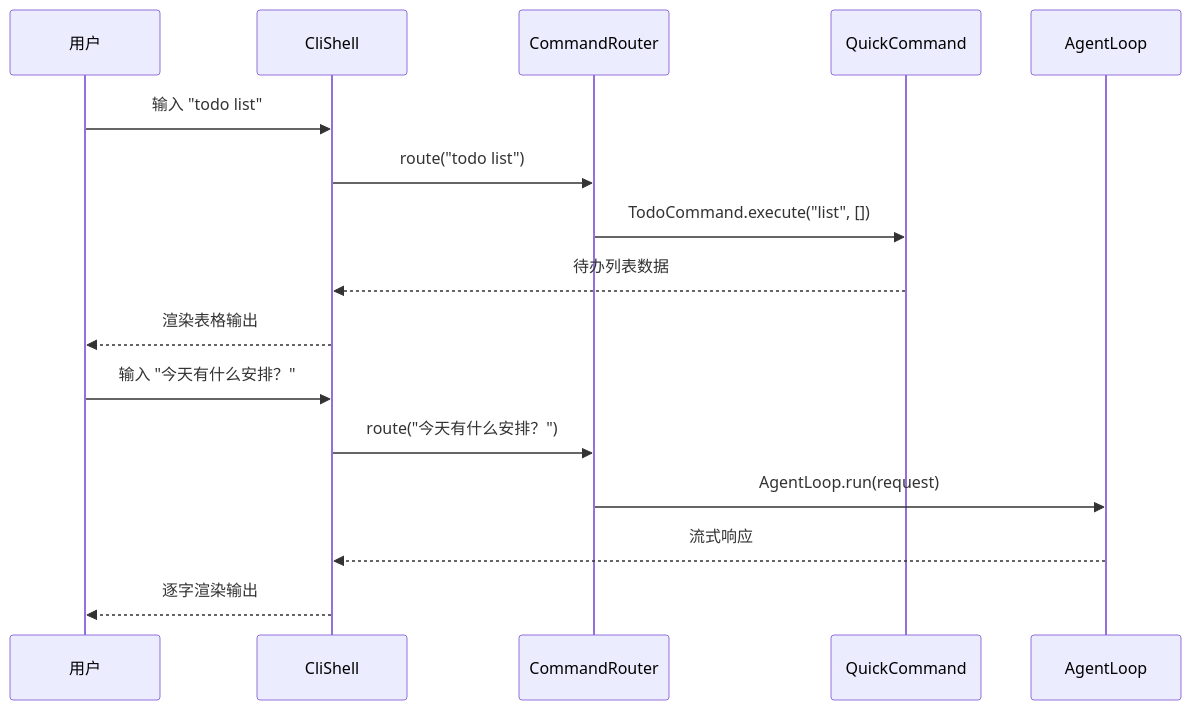
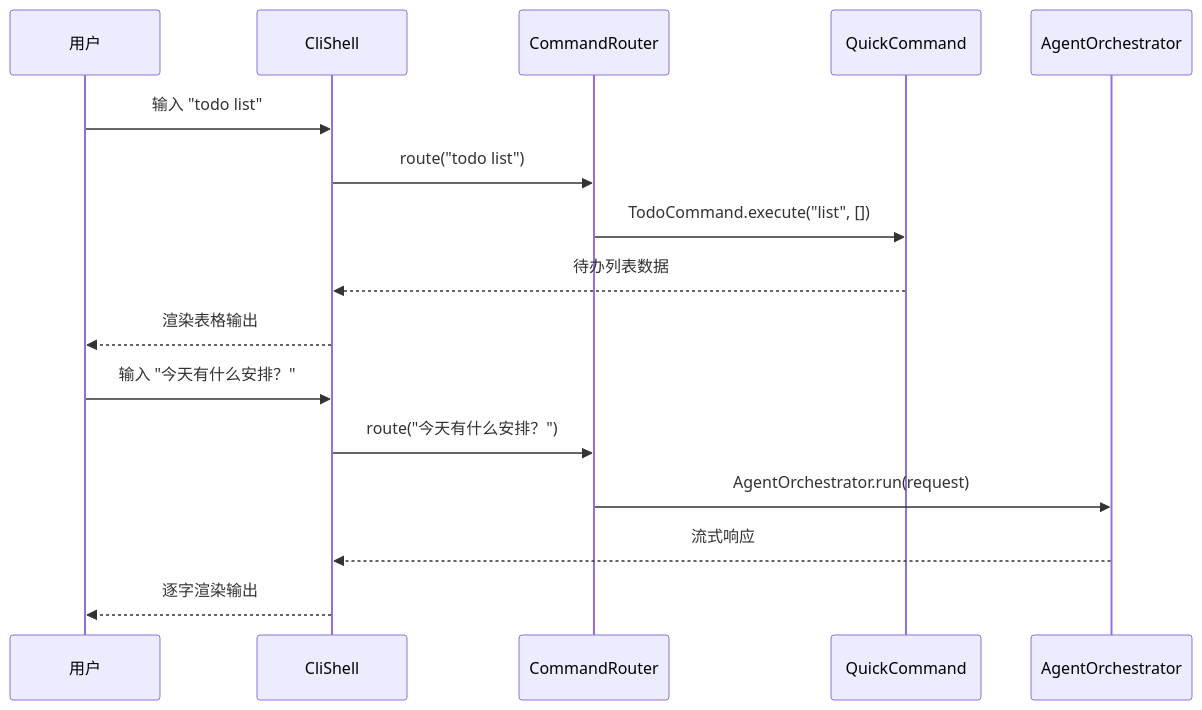
The second of 2 diagrams in docs/planned/cli-interaction-arch.md (ntygod/LifePilot), drawn with Mermaid before and after one commit. The commit also changed other lines of this file and 14 other files, not shown here.

````diff
--- a/docs/planned/cli-interaction-arch.md
+++ b/docs/planned/cli-interaction-arch.md
@@ -87,20 +87,20 @@
 ```mermaid
 sequenceDiagram
     participant U as 用户
     participant S as CliShell
     participant R as CommandRouter
     participant Q as QuickCommand
-    participant A as AgentLoop
+    participant A as AgentOrchestrator
 
     U->>S: 输入 "todo list"
     S->>R: route("todo list")
     R->>Q: TodoCommand.execute("list", [])
     Q-->>S: 待办列表数据
     S-->>U: 渲染表格输出
 
     U->>S: 输入 "今天有什么安排？"
     S->>R: route("今天有什么安排？")
-    R->>A: AgentLoop.run(request)
+    R->>A: AgentOrchestrator.run(request)
     A-->>S: 流式响应
     S-->>U: 逐字渲染输出
 ```
````
